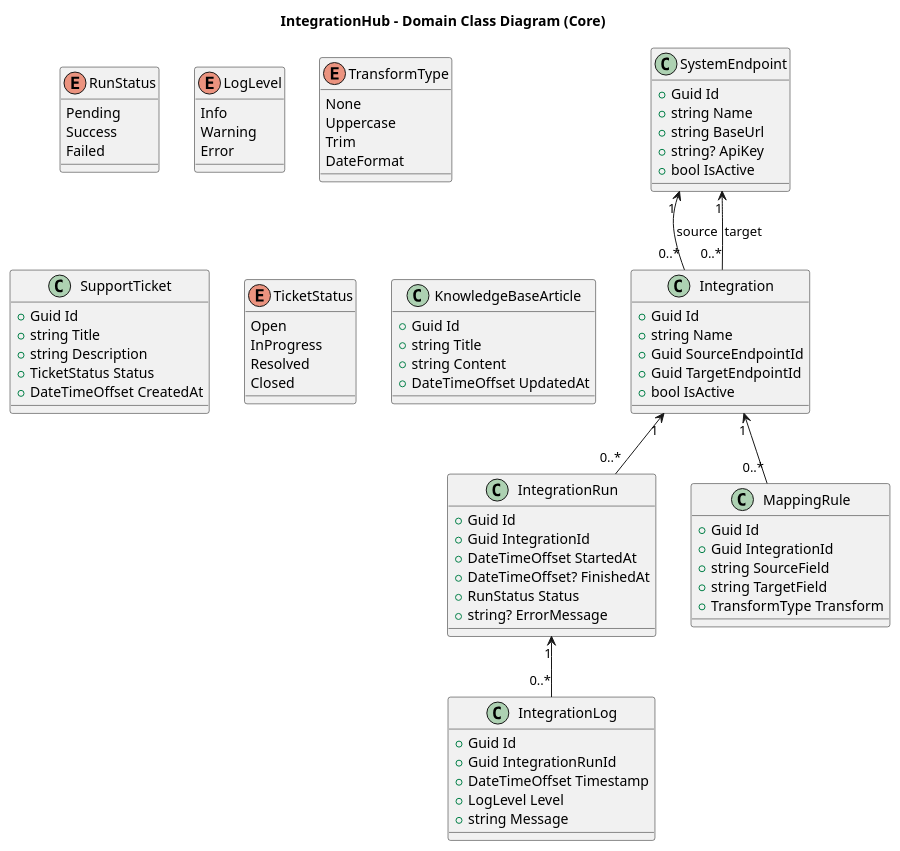
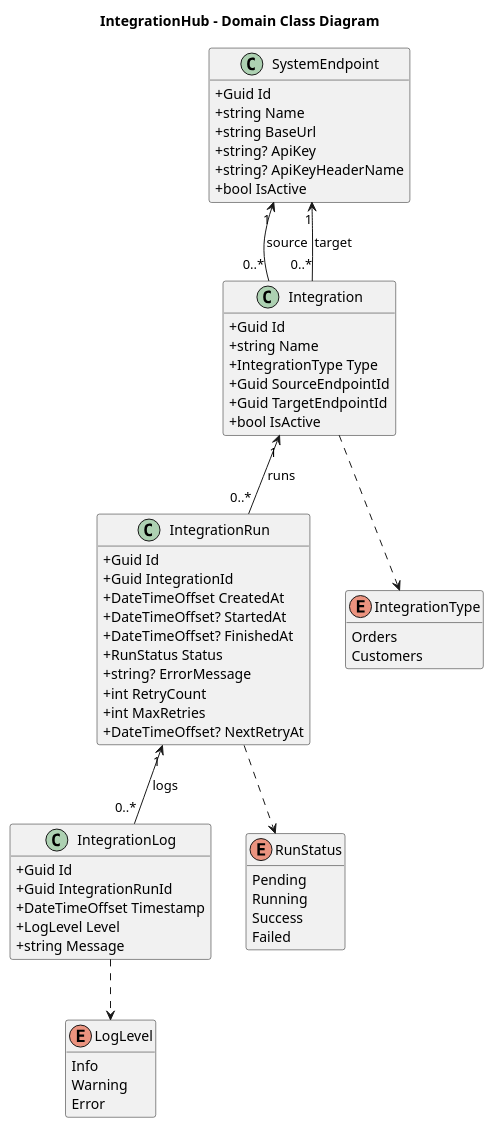
One commit to PedroFerreira11/IntegrationHub changed the diagram in docs/uml/ClassDiagram.puml. Above: the diagram before and after it, drawn with PlantUML. The commit also changed 2 other files, not shown here.

```diff
--- a/docs/uml/ClassDiagram.puml
+++ b/docs/uml/ClassDiagram.puml
@@ -1,94 +1,73 @@
 @startuml
-title IntegrationHub - Domain Class Diagram (Core)
+title IntegrationHub - Domain Class Diagram
+
+skinparam classAttributeIconSize 0
+hide empty members
 
 class SystemEndpoint {
   +Guid Id
   +string Name
   +string BaseUrl
   +string? ApiKey
+  +string? ApiKeyHeaderName
   +bool IsActive
 }
 
 class Integration {
   +Guid Id
   +string Name
+  +IntegrationType Type
   +Guid SourceEndpointId
   +Guid TargetEndpointId
   +bool IsActive
 }
 
 class IntegrationRun {
   +Guid Id
   +Guid IntegrationId
-  +DateTimeOffset StartedAt
+  +DateTimeOffset CreatedAt
+  +DateTimeOffset? StartedAt
   +DateTimeOffset? FinishedAt
   +RunStatus Status
   +string? ErrorMessage
+  +int RetryCount
+  +int MaxRetries
+  +DateTimeOffset? NextRetryAt
 }
 
 class IntegrationLog {
   +Guid Id
   +Guid IntegrationRunId
   +DateTimeOffset Timestamp
   +LogLevel Level
   +string Message
 }
 
+enum IntegrationType {
+  Orders
+  Customers
+}
+
 enum RunStatus {
   Pending
+  Running
   Success
   Failed
 }
 
 enum LogLevel {
   Info
   Warning
   Error
 }
 
 SystemEndpoint "1" <-- "0..*" Integration : source
 SystemEndpoint "1" <-- "0..*" Integration : target
+Integration "1" <-- "0..*" IntegrationRun : runs
+IntegrationRun "1" <-- "0..*" IntegrationLog : logs
 
-Integration "1" <-- "0..*" IntegrationRun
-IntegrationRun "1" <-- "0..*" IntegrationLog
-
-class MappingRule {
-  +Guid Id
-  +Guid IntegrationId
-  +string SourceField
-  +string TargetField
-  +TransformType Transform
-}
-
-enum TransformType {
-  None
-  Uppercase
-  Trim
-  DateFormat
-}
-
-Integration "1" <-- "0..*" MappingRule
-
-class SupportTicket {
-  +Guid Id
-  +string Title
-  +string Description
-  +TicketStatus Status
-  +DateTimeOffset CreatedAt
-}
-
-enum TicketStatus {
-  Open
-  InProgress
-  Resolved
-  Closed
-}
-
-class KnowledgeBaseArticle {
-  +Guid Id
-  +string Title
-  +string Content
-  +DateTimeOffset UpdatedAt
-}
+Integration ..> IntegrationType
+IntegrationRun ..> RunStatus
+IntegrationLog ..> LogLevel
 
 @enduml
```
